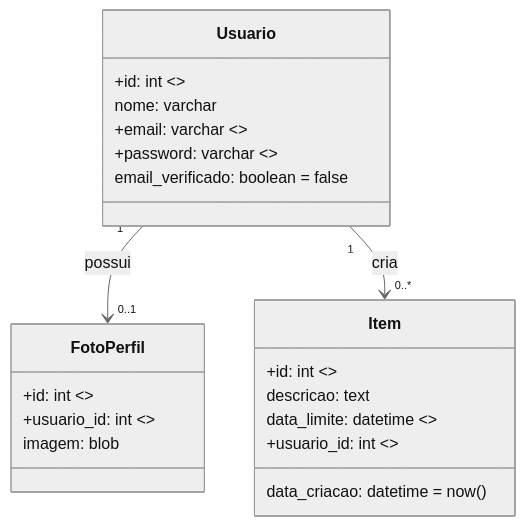
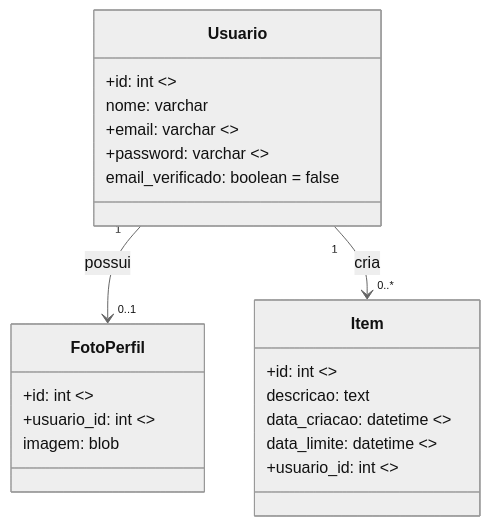
Before and after one commit to mmavi1/NotasWebApp: the diagram in docs/mermaid/planoDeBancoDeDados.md, drawn with Mermaid (neutral theme).

Commit message:
Atualizacao do "data_criacao" (#26)

````diff
--- a/docs/mermaid/planoDeBancoDeDados.md
+++ b/docs/mermaid/planoDeBancoDeDados.md
@@ -1,27 +1,27 @@
   ```mermaid
   classDiagram
   class Usuario {
     +id: int <<PK>>
     nome: varchar
     +email: varchar <<unique, not null>>
     +password: varchar <<not null>>
     email_verificado: boolean = false
   }
 
   class FotoPerfil {
     +id: int <<PK>>
     +usuario_id: int <<FK, unique>>
     imagem: blob
   }
 
   class Item {
     +id: int <<PK>>
     descricao: text
-    data_criacao: datetime = now()
+    data_criacao: datetime <<not null>>
     data_limite: datetime <<nullable>>
     +usuario_id: int <<FK>>
   }
 
   Usuario "1" --> "0..1" FotoPerfil : possui
   Usuario "1" --> "0..*" Item : cria
   ```
````
